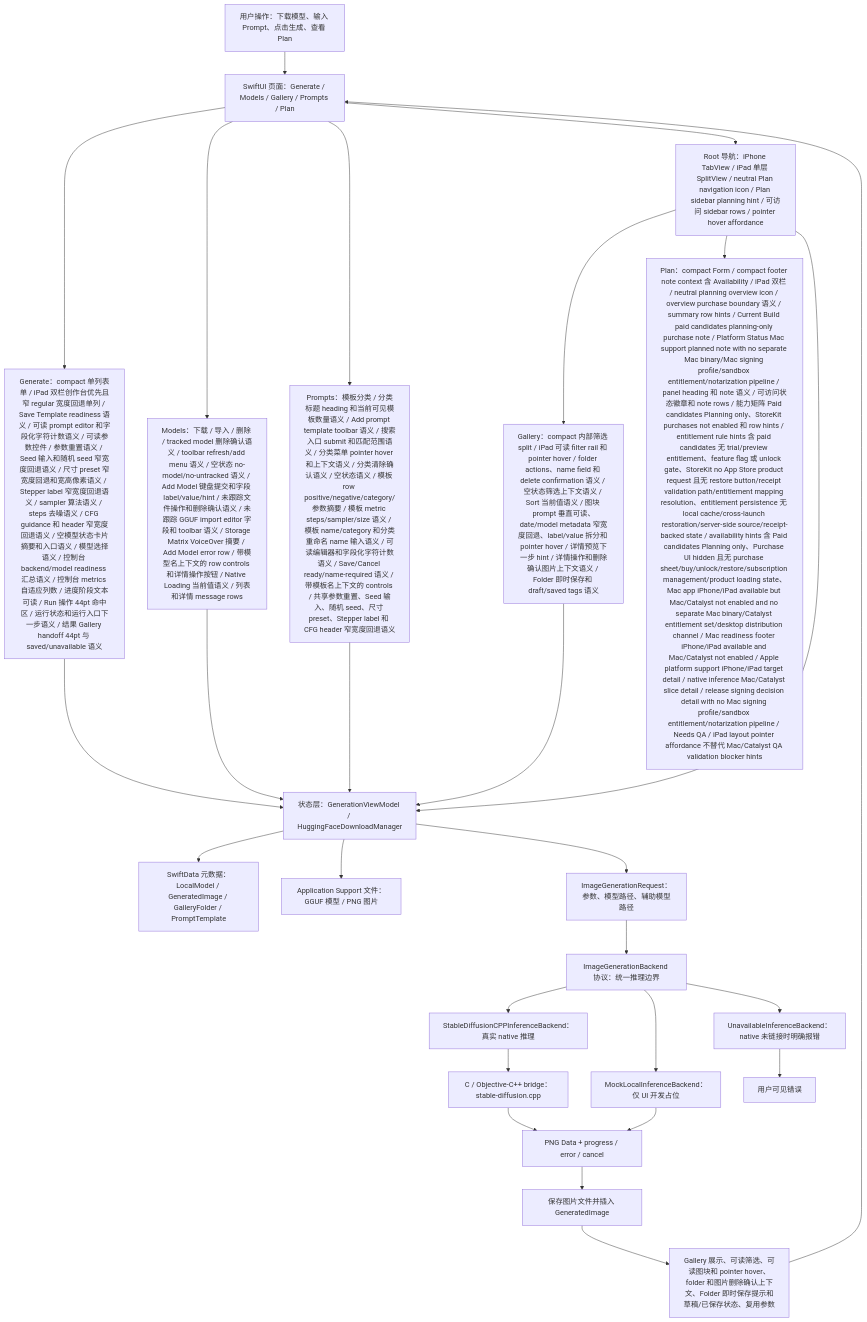
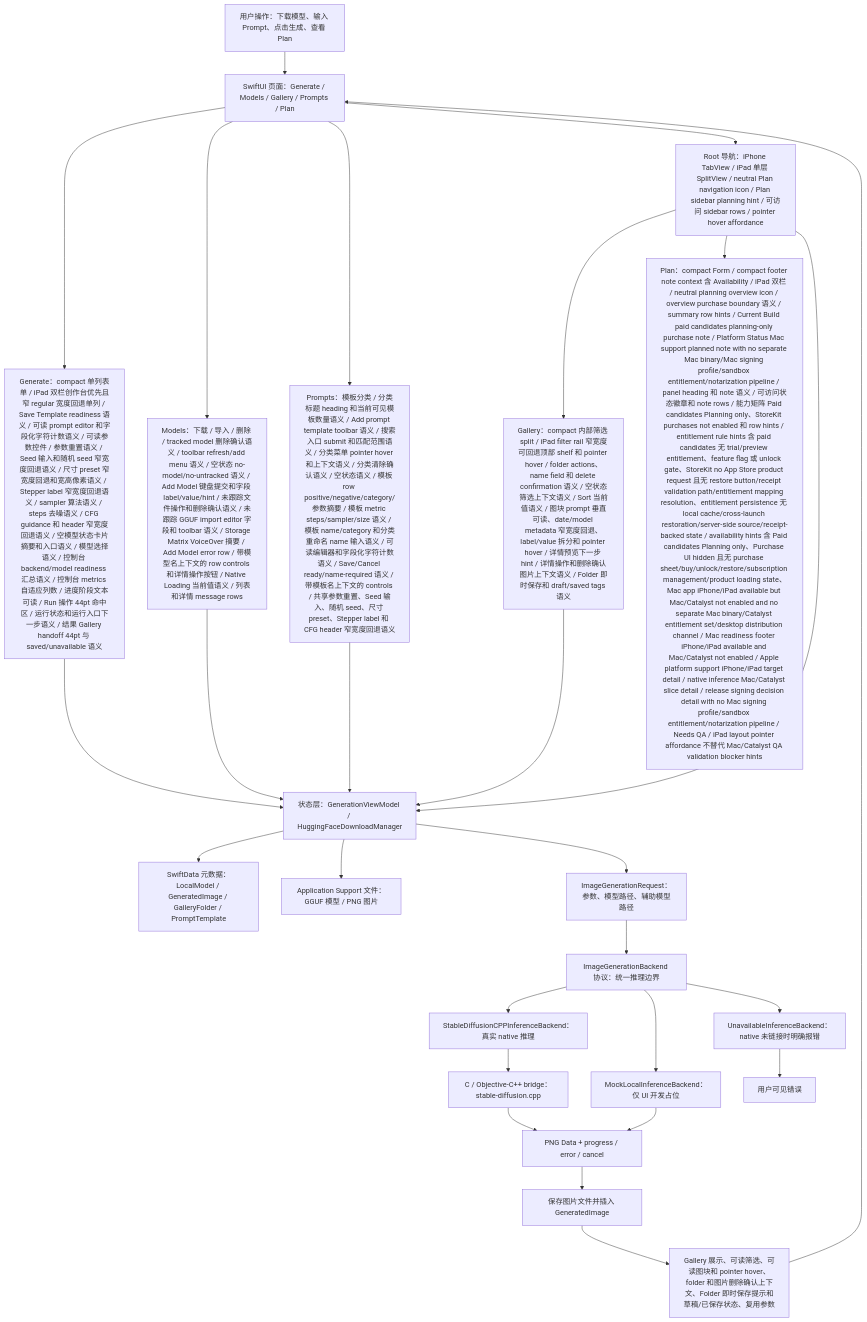
The first of 7 diagrams in md/flow/flowchart.md (Altman-sam114/118), drawn with Mermaid before and after one commit. The commit also changed 5 other files, not shown here.

First line of the commit message:
v1.131: Gallery filter rail fallback

````diff
--- a/md/flow/flowchart.md
+++ b/md/flow/flowchart.md
@@ -9,29 +9,29 @@
 ```mermaid
 flowchart TD
   U["用户操作：下载模型、输入 Prompt、点击生成、查看 Plan"] --> UI["SwiftUI 页面：Generate / Models / Gallery / Prompts / Plan"]
   UI --> GENUI["Generate：compact 单列表单 / iPad 双栏创作台优先且窄 regular 宽度回退单列 / Save Template readiness 语义 / 可读 prompt editor 和字段化字符计数语义 / 可读参数控件 / 参数重置语义 / Seed 输入和随机 seed 窄宽度回退语义 / 尺寸 preset 窄宽度回退和宽高像素语义 / Stepper label 窄宽度回退语义 / sampler 算法语义 / steps 去噪语义 / CFG guidance 和 header 窄宽度回退语义 / 空模型状态卡片摘要和入口语义 / 模型选择语义 / 控制台 backend/model readiness 汇总语义 / 控制台 metrics 自适应列数 / 进度阶段文本可读 / Run 操作 44pt 命中区 / 运行状态和运行入口下一步语义 / 结果 Gallery handoff 44pt 与 saved/unavailable 语义"]
   UI --> MODELUI["Models：下载 / 导入 / 删除 / tracked model 删除确认语义 / toolbar refresh/add menu 语义 / 空状态 no-model/no-untracked 语义 / Add Model 键盘提交和字段 label/value/hint / 未跟踪文件操作和删除确认语义 / 未跟踪 GGUF import editor 字段和 toolbar 语义 / Storage Matrix VoiceOver 摘要 / Add Model error row / 带模型名上下文的 row controls 和详情操作按钮 / Native Loading 当前值语义 / 列表和详情 message rows"]
   UI --> PROMPTUI["Prompts：模板分类 / 分类标题 heading 和当前可见模板数量语义 / Add prompt template toolbar 语义 / 搜索入口 submit 和匹配范围语义 / 分类菜单 pointer hover 和上下文语义 / 分类清除确认语义 / 空状态语义 / 模板 row positive/negative/category/参数摘要 / 模板 metric steps/sampler/size 语义 / 模板 name/category 和分类重命名 name 输入语义 / 可读编辑器和字段化字符计数语义 / Save/Cancel ready/name-required 语义 / 带模板名上下文的 controls / 共享参数重置、Seed 输入、随机 seed、尺寸 preset、Stepper label 和 CFG header 窄宽度回退语义"]
   UI --> NAV["Root 导航：iPhone TabView / iPad 单层 SplitView / neutral Plan navigation icon / Plan sidebar planning hint / 可访问 sidebar rows / pointer hover affordance"]
-  NAV --> GALUI["Gallery：compact 内部筛选 split / iPad 可读 filter rail 和 pointer hover / folder actions、name field 和 delete confirmation 语义 / 空状态筛选上下文语义 / Sort 当前值语义 / 图块 prompt 垂直可读、date/model metadata 窄宽度回退、label/value 拆分和 pointer hover / 详情预览下一步 hint / 详情操作和删除确认图片上下文语义 / Folder 即时保存和 draft/saved tags 语义"]
+  NAV --> GALUI["Gallery：compact 内部筛选 split / iPad filter rail 窄宽度可回退顶部 shelf 和 pointer hover / folder actions、name field 和 delete confirmation 语义 / 空状态筛选上下文语义 / Sort 当前值语义 / 图块 prompt 垂直可读、date/model metadata 窄宽度回退、label/value 拆分和 pointer hover / 详情预览下一步 hint / 详情操作和删除确认图片上下文语义 / Folder 即时保存和 draft/saved tags 语义"]
   NAV --> PLANUI["Plan：compact Form / compact footer note context 含 Availability / iPad 双栏 / neutral planning overview icon / overview purchase boundary 语义 / summary row hints / Current Build paid candidates planning-only purchase note / Platform Status Mac support planned note with no separate Mac binary/Mac signing profile/sandbox entitlement/notarization pipeline / panel heading 和 note 语义 / 可访问状态徽章和 note rows / 能力矩阵 Paid candidates Planning only、StoreKit purchases not enabled 和 row hints / entitlement rule hints 含 paid candidates 无 trial/preview entitlement、feature flag 或 unlock gate、StoreKit no App Store product request 且无 restore button/receipt validation path/entitlement mapping resolution、entitlement persistence 无 local cache/cross-launch restoration/server-side source/receipt-backed state / availability hints 含 Paid candidates Planning only、Purchase UI hidden 且无 purchase sheet/buy/unlock/restore/subscription management/product loading state、Mac app iPhone/iPad available but Mac/Catalyst not enabled and no separate Mac binary/Catalyst entitlement set/desktop distribution channel / Mac readiness footer iPhone/iPad available and Mac/Catalyst not enabled / Apple platform support iPhone/iPad target detail / native inference Mac/Catalyst slice detail / release signing decision detail with no Mac signing profile/sandbox entitlement/notarization pipeline / Needs QA / iPad layout pointer affordance 不替代 Mac/Catalyst QA validation blocker hints"]
   NAV --> VM["状态层：GenerationViewModel / HuggingFaceDownloadManager"]
   GENUI --> VM
   MODELUI --> VM
   PROMPTUI --> VM
   GALUI --> VM
   VM --> SD["SwiftData 元数据：LocalModel / GeneratedImage / GalleryFolder / PromptTemplate"]
   VM --> FS["Application Support 文件：GGUF 模型 / PNG 图片"]
   VM --> REQ["ImageGenerationRequest：参数、模型路径、辅助模型路径"]
   REQ --> IFACE["ImageGenerationBackend 协议：统一推理边界"]
   IFACE --> NATIVE["StableDiffusionCPPInferenceBackend：真实 native 推理"]
   IFACE --> MOCK["MockLocalInferenceBackend：仅 UI 开发占位"]
   IFACE --> OFF["UnavailableInferenceBackend：native 未链接时明确报错"]
   NATIVE --> BRIDGE["C / Objective-C++ bridge：stable-diffusion.cpp"]
   BRIDGE --> PNG["PNG Data + progress / error / cancel"]
   MOCK --> PNG
   OFF --> ERR["用户可见错误"]
   PNG --> SAVE["保存图片文件并插入 GeneratedImage"]
   SAVE --> GALLERY["Gallery 展示、可读筛选、可读图块和 pointer hover、folder 和图片删除确认上下文、Folder 即时保存提示和草稿/已保存状态、复用参数"]
   GALLERY --> UI
 ```
````
